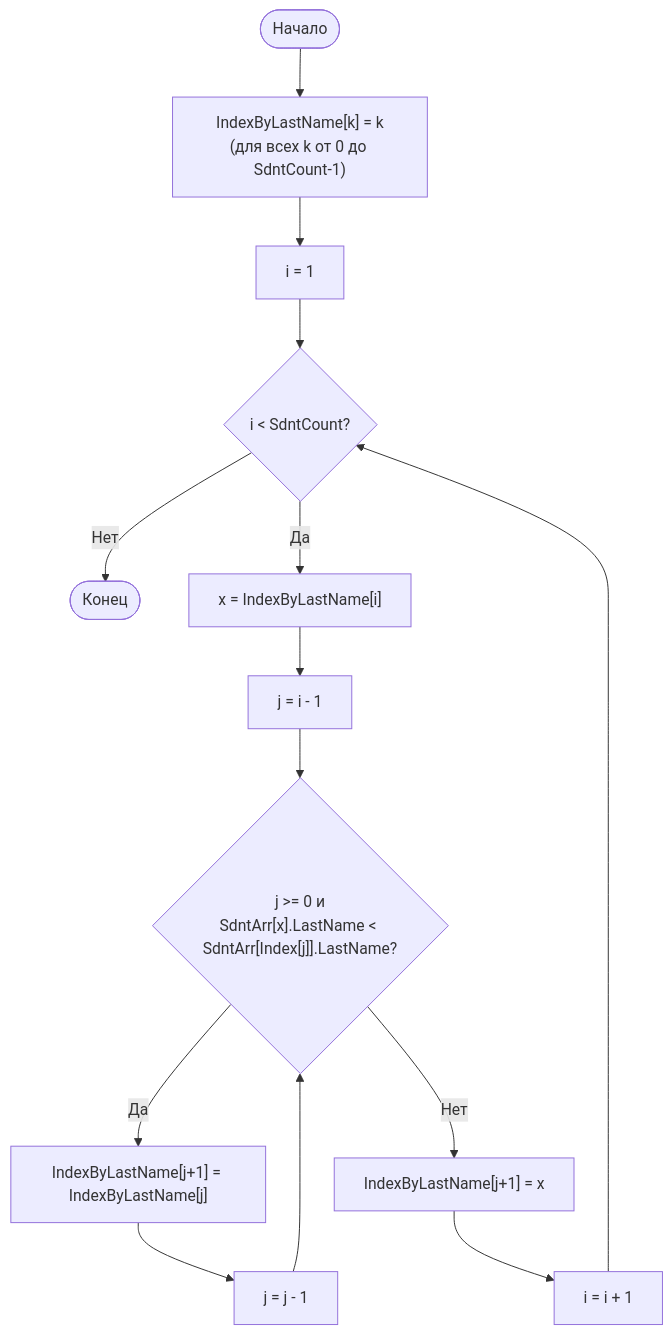
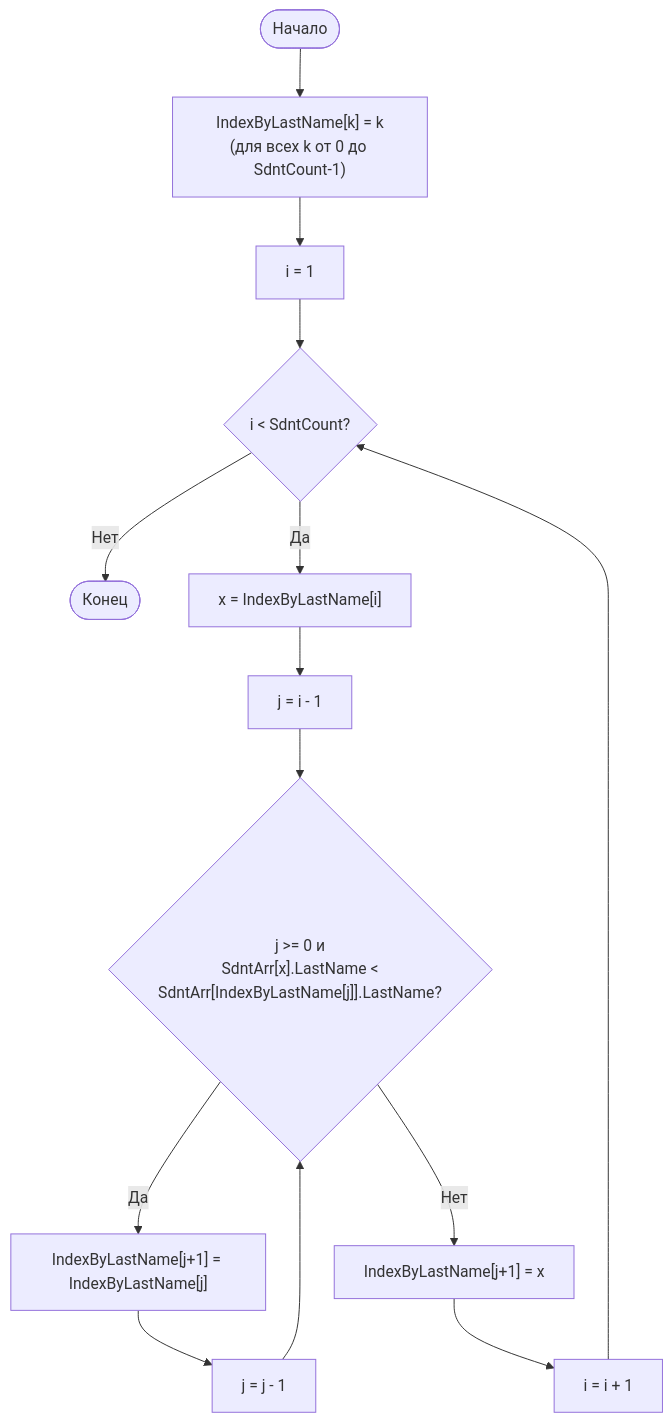
The first of 4 diagrams in README.md (Zrossiz/toi), drawn with Mermaid before and after one commit. The commit also changed other lines of this file, not shown here.

````diff
--- a/README.md
+++ b/README.md
@@ -39,20 +9,20 @@
 ```mermaid
 flowchart TD
     Start([Начало]) --> InitArr["IndexByLastName[k] = k<br/>(для всех k от 0 до SdntCount-1)"]
     InitArr --> InitI["i = 1"]
     InitI --> CondI{"i < SdntCount?"}
 
     CondI -- Нет --> End([Конец])
     CondI -- Да --> SetX["x = IndexByLastName[i]"]
     SetX --> SetJ["j = i - 1"]
 
-    SetJ --> CondWhile{"j >= 0 и<br/>SdntArr[x].LastName < SdntArr[Index[j]].LastName?"}
+    SetJ --> CondWhile{"j >= 0 и<br/>SdntArr[x].LastName <<br/>SdntArr[IndexByLastName[j]].LastName?"}
 
     CondWhile -- Да --> MoveElem["IndexByLastName[j+1] = IndexByLastName[j]"]
     MoveElem --> DecJ["j = j - 1"]
     DecJ --> CondWhile
 
     CondWhile -- Нет --> InsertX["IndexByLastName[j+1] = x"]
     InsertX --> IncI["i = i + 1"]
     IncI --> CondI
 ```
````
